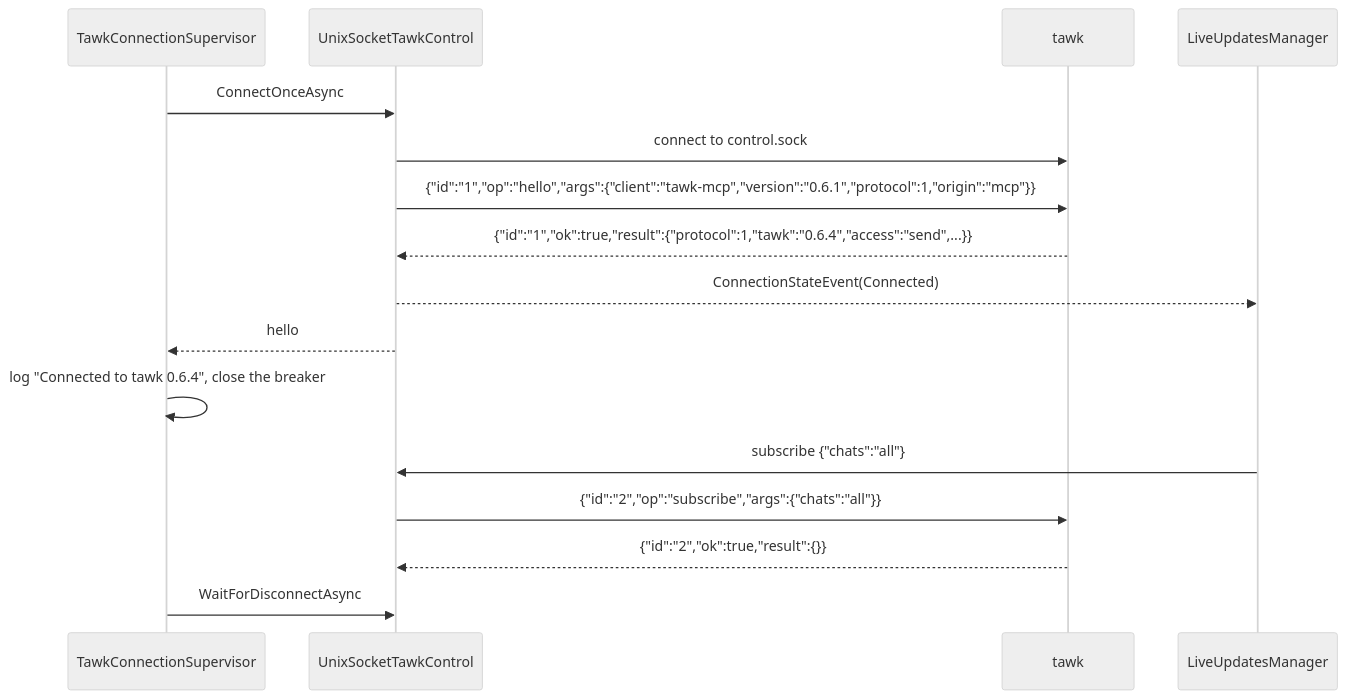
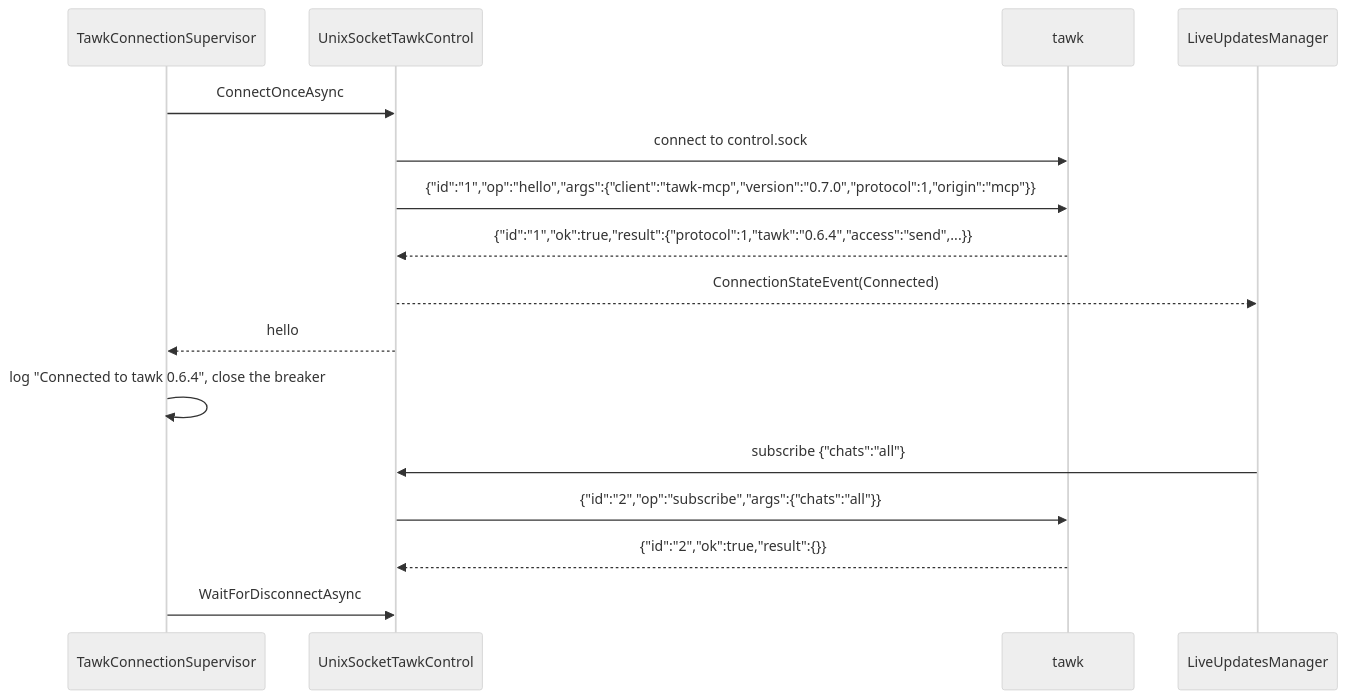
One commit to loganventer/Corvus.Mcp.Server.Tawk changed the first of 12 diagrams in HOW_IT_WORKS.md. Above: the diagram before and after it, drawn with Mermaid (neutral theme). The commit also changed other lines of this file and 28 other files, not shown here.

````diff
--- a/HOW_IT_WORKS.md
+++ b/HOW_IT_WORKS.md
@@ -29,19 +29,19 @@
 ```mermaid
 sequenceDiagram
     participant S as TawkConnectionSupervisor
     participant C as UnixSocketTawkControl
     participant T as tawk
     participant L as LiveUpdatesManager
 
     S->>C: ConnectOnceAsync
     C->>T: connect to control.sock
-    C->>T: {"id":"1","op":"hello","args":{"client":"tawk-mcp","version":"0.6.1","protocol":1,"origin":"mcp"}}
+    C->>T: {"id":"1","op":"hello","args":{"client":"tawk-mcp","version":"0.7.0","protocol":1,"origin":"mcp"}}
     T-->>C: {"id":"1","ok":true,"result":{"protocol":1,"tawk":"0.6.4","access":"send",...}}
     C-->>L: ConnectionStateEvent(Connected)
     C-->>S: hello
     S->>S: log "Connected to tawk 0.6.4", close the breaker
     L->>C: subscribe {"chats":"all"}
     C->>T: {"id":"2","op":"subscribe","args":{"chats":"all"}}
     T-->>C: {"id":"2","ok":true,"result":{}}
     S->>C: WaitForDisconnectAsync
 ```
````
